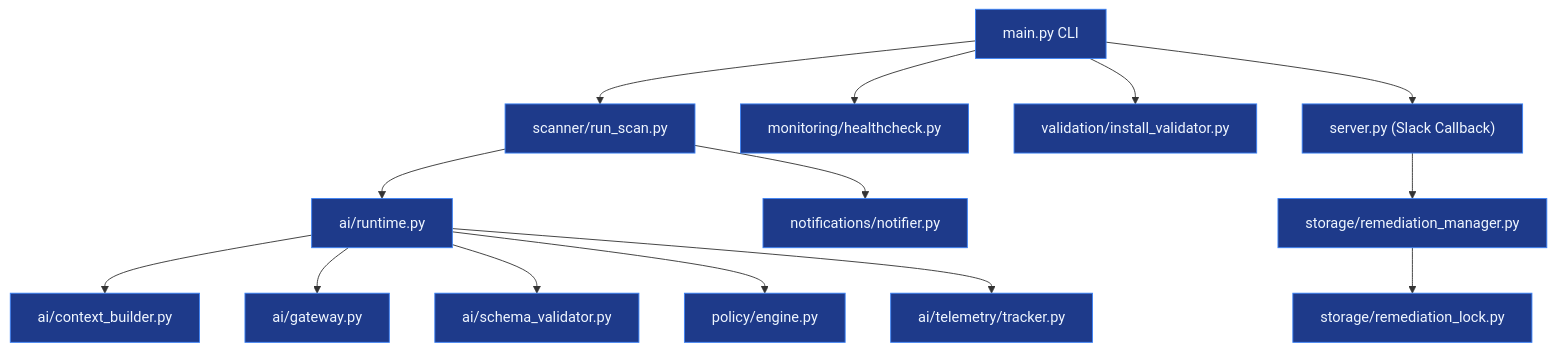
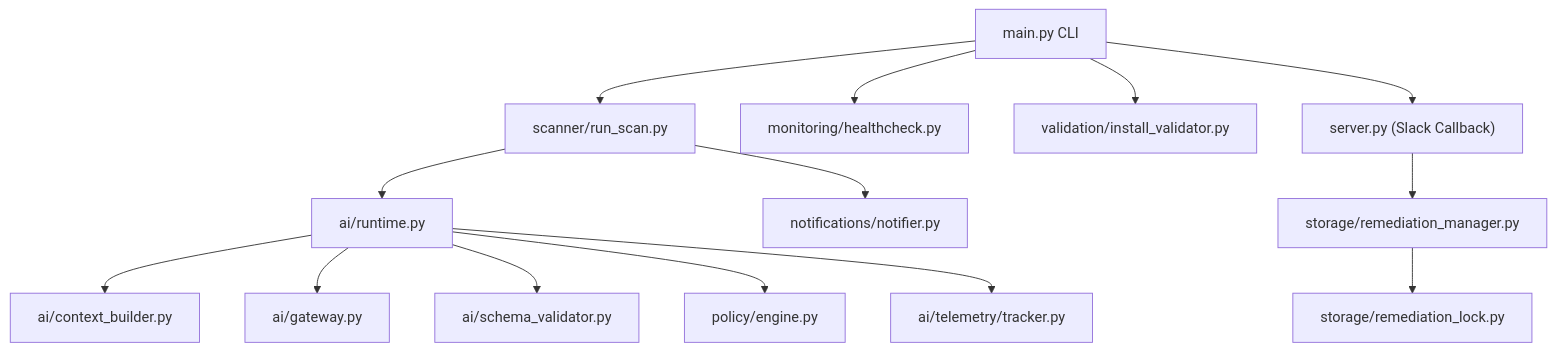
The second of 11 diagrams in ARCHITECTURE.md (VaishnavSreekumar/sentinelfinops), drawn with Mermaid before and after one commit. The commit also changed other lines of this file and 1 other file, not shown here.

Commit message:
docs: rewrite Mermaid diagrams to be 100% strict syntax compliant

````diff
--- a/ARCHITECTURE.md
+++ b/ARCHITECTURE.md
@@ -51,21 +51,18 @@
 ```mermaid
-graph TD
-    classDef default fill:#1f2937,stroke:#4b5563,stroke-width:1px,color:#f3f4f6;
-    classDef pkg fill:#1e3a8a,stroke:#3b82f6,stroke-width:1px,color:#eff6ff;
+flowchart TD
+    main["main.py CLI"] --> RunScan["scanner/run_scan.py"]
+    main --> HealthCheck["monitoring/healthcheck.py"]
+    main --> Validator["validation/install_validator.py"]
+    main --> Server["server.py (Slack Callback)"]
 
-    main["main.py CLI"]:::pkg --> RunScan["scanner/run_scan.py"]:::pkg
-    main --> HealthCheck["monitoring/healthcheck.py"]:::pkg
-    main --> Validator["validation/install_validator.py"]:::pkg
-    main --> Server["server.py (Slack Callback)"]:::pkg
+    RunScan --> AIRuntime["ai/runtime.py"]
+    AIRuntime --> ContextBuilder["ai/context_builder.py"]
+    AIRuntime --> AIGateway["ai/gateway.py"]
+    AIRuntime --> SchemaValidator["ai/schema_validator.py"]
+    AIRuntime --> PolicyEngine["policy/engine.py"]
+    AIRuntime --> TelemetryTracker["ai/telemetry/tracker.py"]
 
-    RunScan --> AIRuntime["ai/runtime.py"]:::pkg
-    AIRuntime --> ContextBuilder["ai/context_builder.py"]:::pkg
-    AIRuntime --> AIGateway["ai/gateway.py"]:::pkg
-    AIRuntime --> SchemaValidator["ai/schema_validator.py"]:::pkg
-    AIRuntime --> PolicyEngine["policy/engine.py"]:::pkg
-    AIRuntime --> TelemetryTracker["ai/telemetry/tracker.py"]:::pkg
-
-    RunScan --> Notifier["notifications/notifier.py"]:::pkg
-    Server --> RemediationManager["storage/remediation_manager.py"]:::pkg
-    RemediationManager --> DDBLocks["storage/remediation_lock.py"]:::pkg
+    RunScan --> Notifier["notifications/notifier.py"]
+    Server --> RemediationManager["storage/remediation_manager.py"]
+    RemediationManager --> DDBLocks["storage/remediation_lock.py"]
 ```
````
